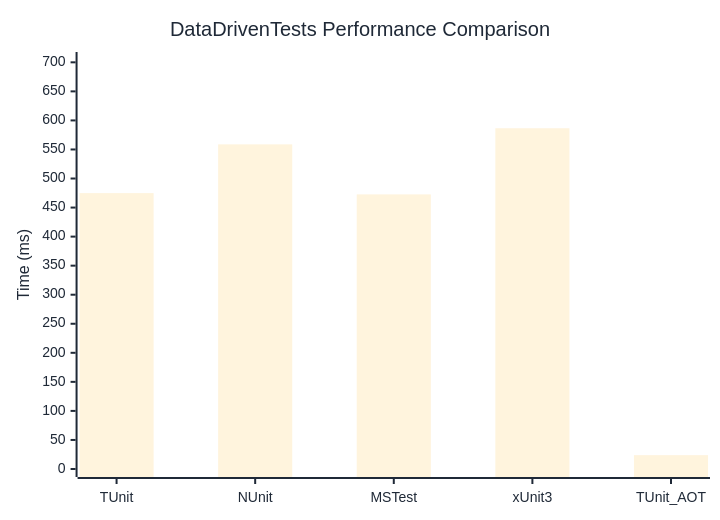
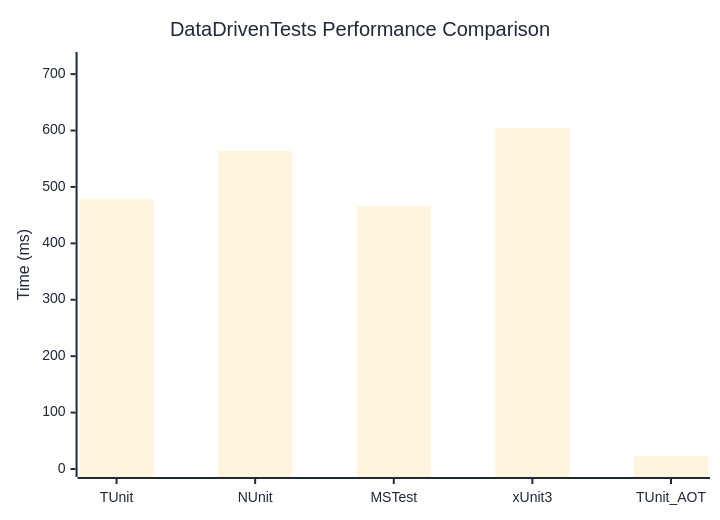
The diagram in docs/docs/benchmarks/DataDrivenTests.md (thomhurst/TUnit), drawn with Mermaid before and after one commit. The commit also changed other lines of this file and 17 other files, not shown here.

````diff
--- a/docs/docs/benchmarks/DataDrivenTests.md
+++ b/docs/docs/benchmarks/DataDrivenTests.md
@@ -27,37 +27,37 @@
 ```mermaid
 %%{init: {
   'theme':'base',
   'themeVariables': {
     'primaryColor': '#2563eb',
     'primaryTextColor': '#1f2937',
     'primaryBorderColor': '#1e40af',
     'lineColor': '#6b7280',
     'secondaryColor': '#7c3aed',
     'tertiaryColor': '#dc2626',
     'background': '#ffffff',
     'mainBkg': '#2563eb',
     'secondBkg': '#7c3aed',
     'tertiaryBkg': '#dc2626',
     'clusterBkg': '#f3f4f6',
     'edgeLabelBackground': '#ffffff',
     'tertiaryTextColor': '#1f2937',
     'pie1': '#2563eb',
     'pie2': '#7c3aed',
     'pie3': '#dc2626',
     'pie4': '#f59e0b',
     'pie5': '#10b981',
     'pie6': '#06b6d4',
     'pie7': '#ec4899',
     'pie8': '#6366f1',
     'pie9': '#84cc16',
     'pie10': '#f97316',
     'pie11': '#14b8a6',
     'pie12': '#a855f7'
   }
 }}%%
 xychart-beta
   title "DataDrivenTests Performance Comparison"
   x-axis ["TUnit", "NUnit", "MSTest", "xUnit3", "TUnit_AOT"]
-  y-axis "Time (ms)" 0 --> 704
-  bar [474.87, 558.78, 472.66, 586.55, 23.81]
+  y-axis "Time (ms)" 0 --> 725
+  bar [477.98, 563.73, 465.68, 603.86, 22.84]
 ```
````
